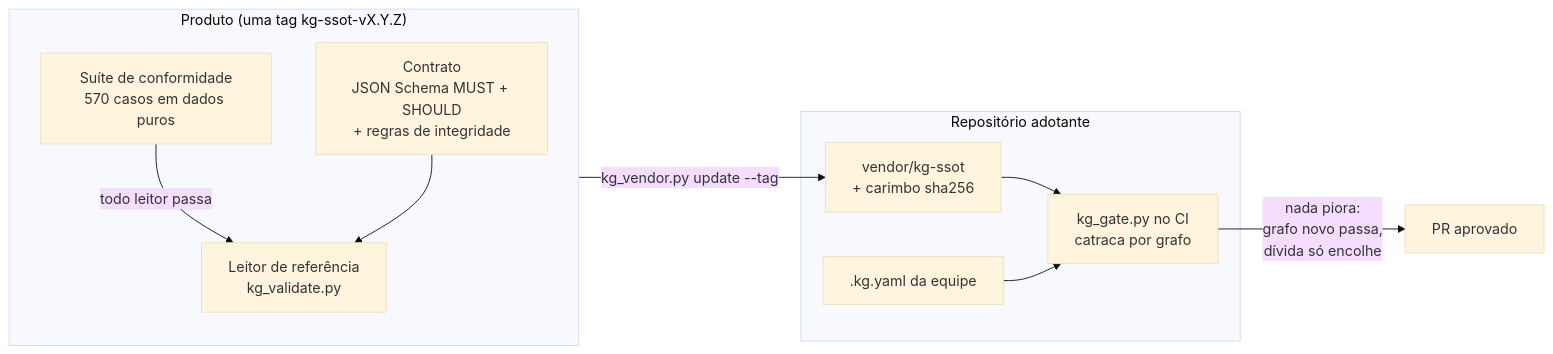
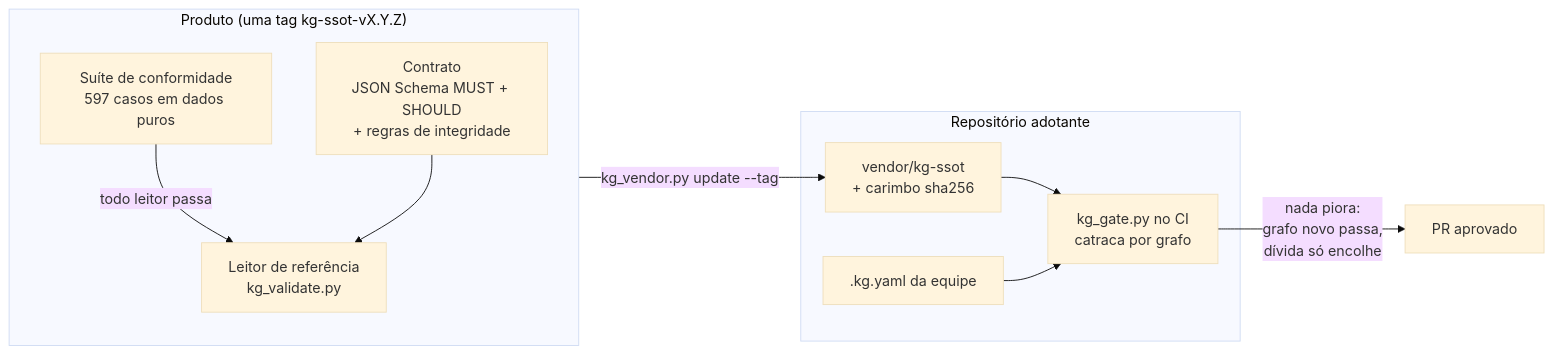
One commit to marciocar/kg-ssot changed the diagram in README.pt-BR.md. Above: the diagram before and after it, drawn with Mermaid (base theme). The commit also changed other lines of this file and 66 other files, not shown here.

````diff
--- a/README.pt-BR.md
+++ b/README.pt-BR.md
@@ -163,19 +163,19 @@
 ```mermaid
 flowchart LR
   subgraph product["Produto (uma tag kg-ssot-vX.Y.Z)"]
     C["Contrato<br/>JSON Schema MUST + SHOULD<br/>+ regras de integridade"]
-    S["Suíte de conformidade<br/>570 casos em dados puros"]
+    S["Suíte de conformidade<br/>597 casos em dados puros"]
     R["Leitor de referência<br/>kg_validate.py"]
     S -- "todo leitor passa" --> R
     C --> R
   end
   subgraph adopter["Repositório adotante"]
     V["vendor/kg-ssot<br/>+ carimbo sha256"]
     G["kg_gate.py no CI<br/>catraca por grafo"]
     K[".kg.yaml da equipe"]
     V --> G
     K --> G
   end
   product -- "kg_vendor.py update --tag" --> V
   G -- "nada piora:<br/>grafo novo passa,<br/>dívida só encolhe" --> PR["PR aprovado"]
 ```
````
